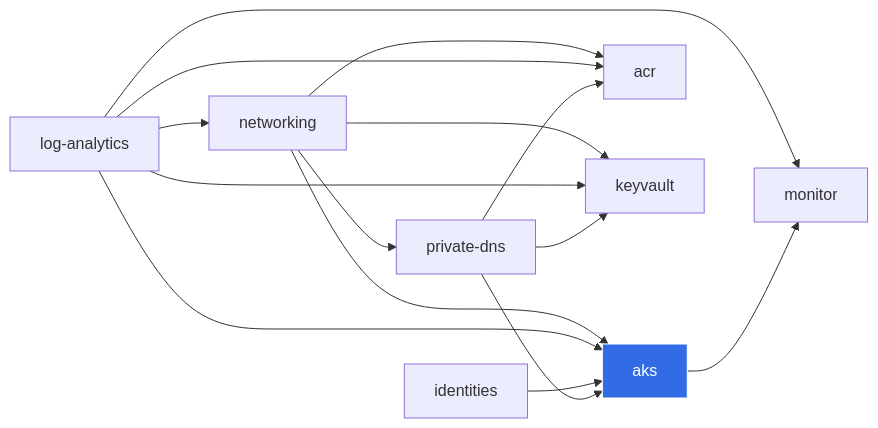
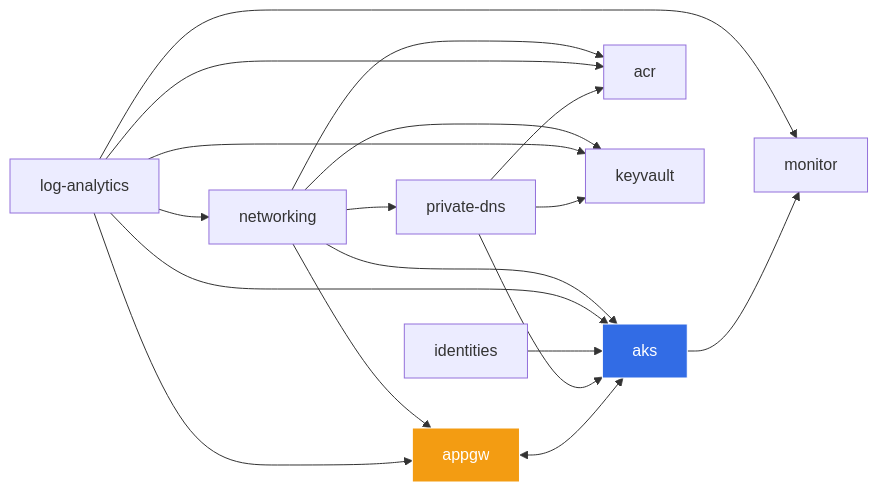
One commit to fyls237/plateform-aks-standards-entreprise changed the second of 2 diagrams in docs/architecture.md. Above: the diagram before and after it, drawn with Mermaid. The commit also changed other lines of this file and 13 other files, not shown here.

````diff
--- a/docs/architecture.md
+++ b/docs/architecture.md
@@ -113,19 +126,23 @@
 ```mermaid
 graph LR
     NET["networking"] --> AKS["aks"]
     NET --> ACR["acr"]
     NET --> KV["keyvault"]
+    NET --> APP["appgw"]
     LOG["log-analytics"] --> AKS
     LOG --> ACR
     LOG --> KV
     LOG --> MON["monitor"]
     LOG --> NET
+    LOG --> APP
     ID["identities"] --> AKS
     DNS["private-dns"] --> ACR
     DNS --> KV
     DNS --> AKS
     NET --> DNS
     AKS --> MON
+    APP <--> AKS
 
     style AKS fill:#326CE5,stroke:#fff,color:#fff
+    style APP fill:#F39C12,stroke:#fff,color:#fff
 ```
````
